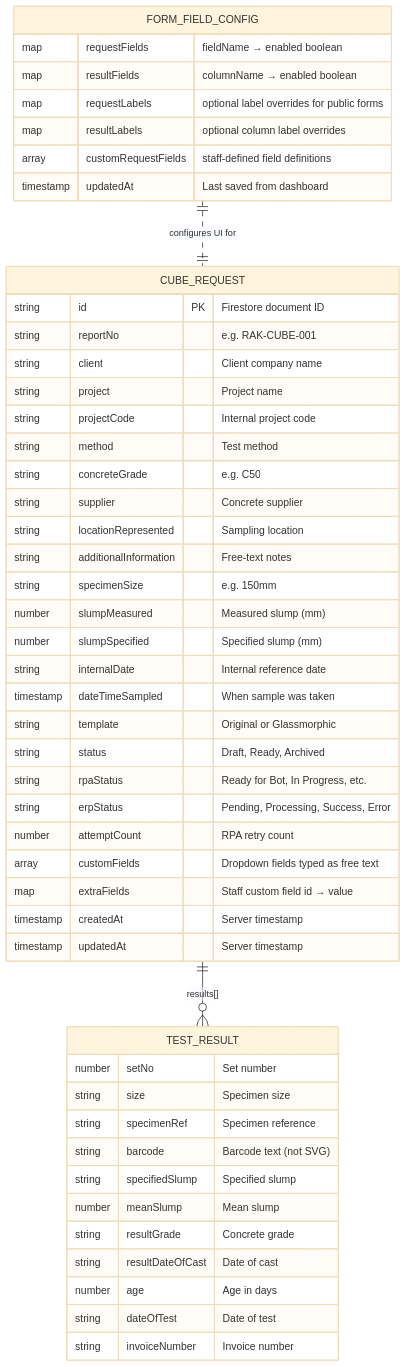
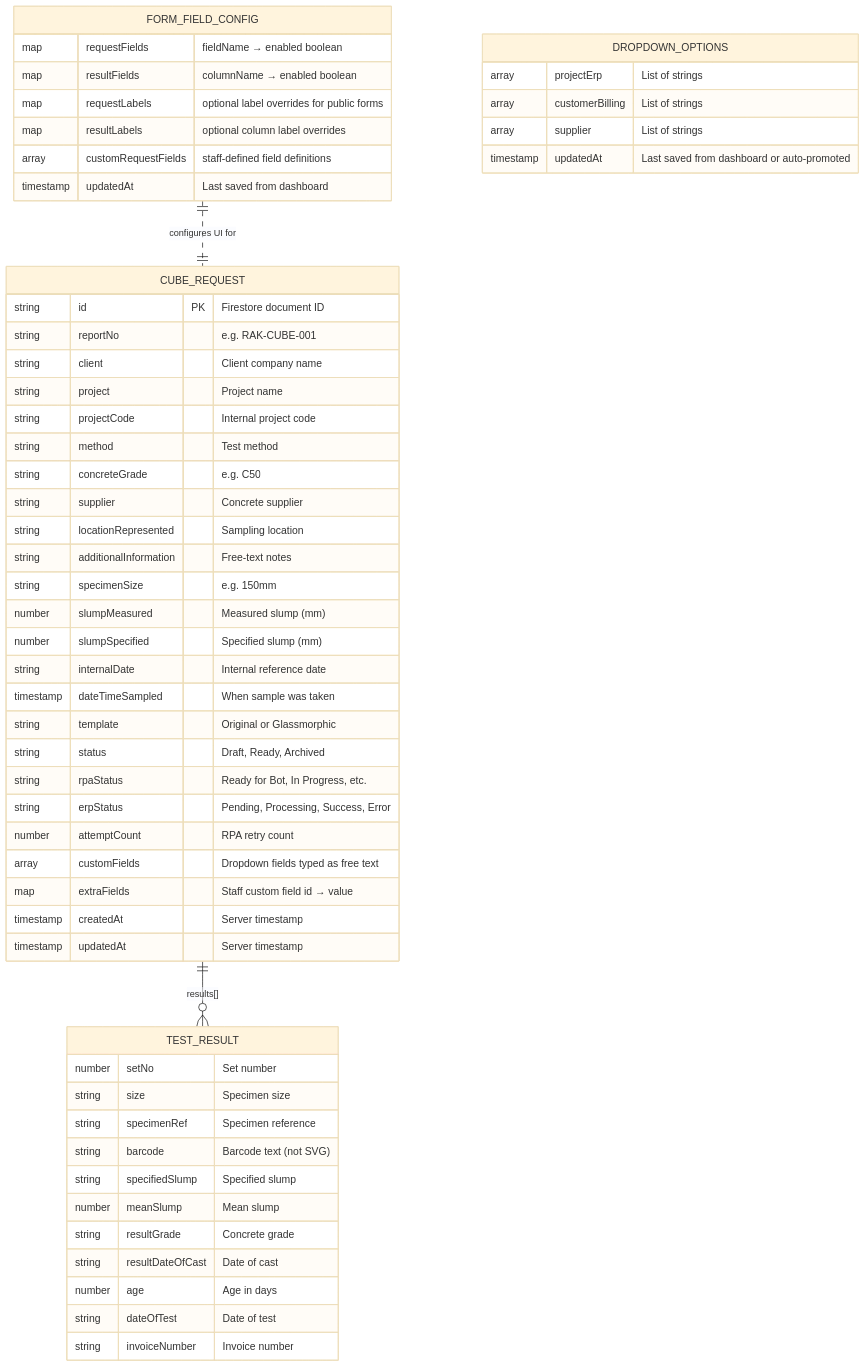
Before and after one commit to Yanguangchen/CubeSync: the ninth of 11 diagrams in documentation/architecture.md, drawn with Mermaid (base theme). The commit also changed other lines of this file and 12 other files, not shown here.

````diff
--- a/documentation/architecture.md
+++ b/documentation/architecture.md
@@ -479,55 +488,62 @@
 ```mermaid
 erDiagram
     CUBE_REQUEST {
         string id PK "Firestore document ID"
         string reportNo "e.g. RAK-CUBE-001"
         string client "Client company name"
         string project "Project name"
         string projectCode "Internal project code"
         string method "Test method"
         string concreteGrade "e.g. C50"
         string supplier "Concrete supplier"
         string locationRepresented "Sampling location"
         string additionalInformation "Free-text notes"
         string specimenSize "e.g. 150mm"
         number slumpMeasured "Measured slump (mm)"
         number slumpSpecified "Specified slump (mm)"
         string internalDate "Internal reference date"
         timestamp dateTimeSampled "When sample was taken"
         string template "Original or Glassmorphic"
         string status "Draft, Ready, Archived"
         string rpaStatus "Ready for Bot, In Progress, etc."
         string erpStatus "Pending, Processing, Success, Error"
         number attemptCount "RPA retry count"
         array customFields "Dropdown fields typed as free text"
         map extraFields "Staff custom field id → value"
         timestamp createdAt "Server timestamp"
         timestamp updatedAt "Server timestamp"
     }
 
     TEST_RESULT {
         number setNo "Set number"
         string size "Specimen size"
         string specimenRef "Specimen reference"
         string barcode "Barcode text (not SVG)"
         string specifiedSlump "Specified slump"
         number meanSlump "Mean slump"
         string resultGrade "Concrete grade"
         string resultDateOfCast "Date of cast"
         number age "Age in days"
         string dateOfTest "Date of test"
         string invoiceNumber "Invoice number"
     }
 
     FORM_FIELD_CONFIG {
         map requestFields "fieldName → enabled boolean"
         map resultFields "columnName → enabled boolean"
         map requestLabels "optional label overrides for public forms"
         map resultLabels "optional column label overrides"
         array customRequestFields "staff-defined field definitions"
         timestamp updatedAt "Last saved from dashboard"
     }
 
+    DROPDOWN_OPTIONS {
+        array projectErp "List of strings"
+        array customerBilling "List of strings"
+        array supplier "List of strings"
+        timestamp updatedAt "Last saved from dashboard or auto-promoted"
+    }
+
     CUBE_REQUEST ||--o{ TEST_RESULT : "results[]"
     FORM_FIELD_CONFIG ||..|| CUBE_REQUEST : "configures UI for"
 ```
````
